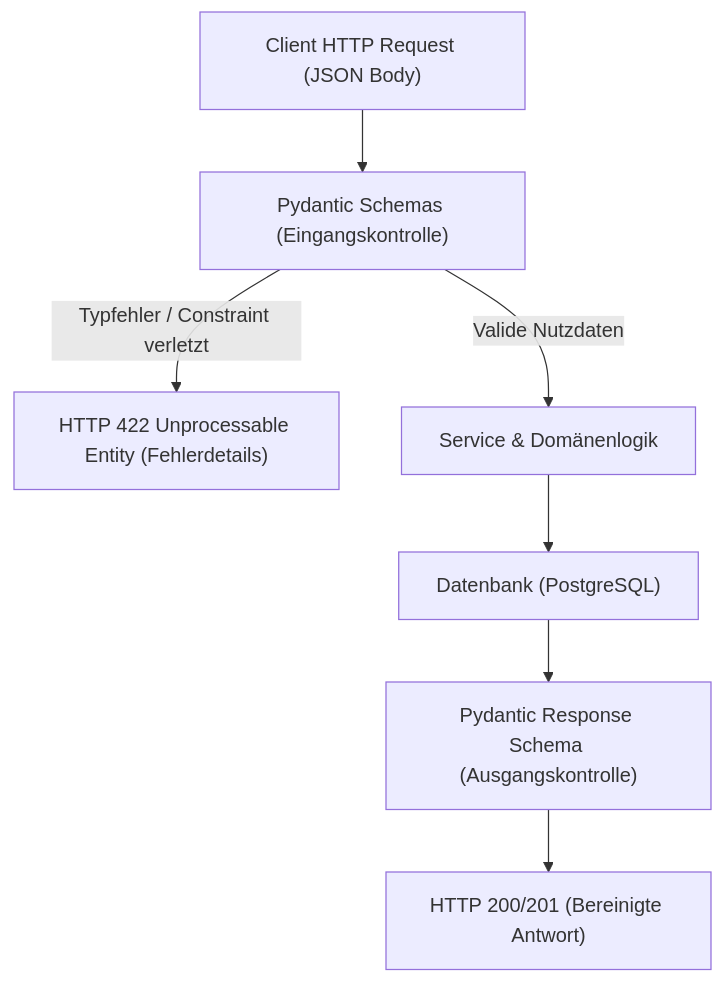
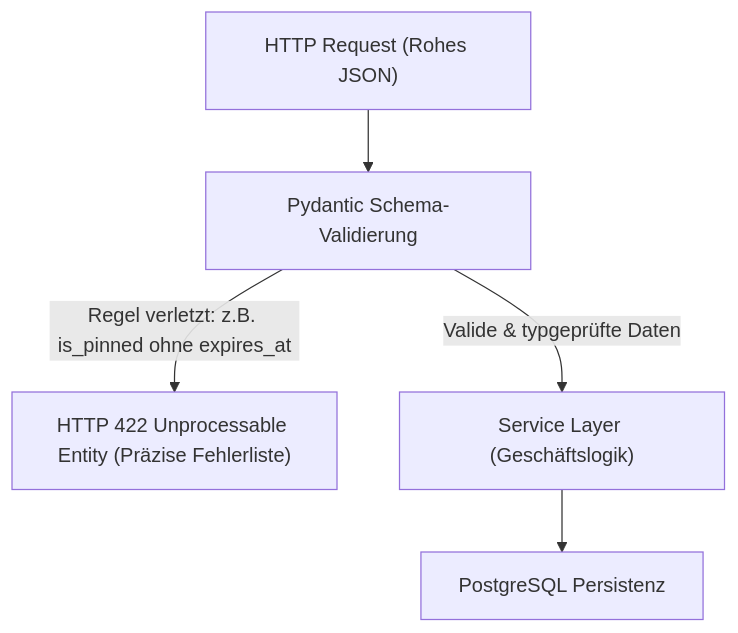
The second of 3 diagrams in content/posts/upa-campus-app-architecture-part-5/index.de.md (Pascal-Thommen/pascal-thommen.github.io), drawn with Mermaid before and after one commit. The commit also changed other lines of this file and 20 other files, not shown here.

Commit message:
feat(posts): refine UPA Campus App architecture series with holistic webapp mental model and specification depth

````diff
--- a/content/posts/upa-campus-app-architecture-part-5/index.de.md
+++ b/content/posts/upa-campus-app-architecture-part-5/index.de.md
@@ -94,9 +57,7 @@
 ```mermaid
 flowchart TD
-    ClientReq["Client HTTP Request (JSON Body)"] --> Parser["Pydantic Schemas (Eingangskontrolle)"]
-    Parser -->|Typfehler / Constraint verletzt| ErrResp["HTTP 422 Unprocessable Entity (Fehlerdetails)"]
-    Parser -->|Valide Nutzdaten| Domain["Service & Domänenlogik"]
-    Domain --> DB["Datenbank (PostgreSQL)"]
-    DB --> OutSchema["Pydantic Response Schema (Ausgangskontrolle)"]
-    OutSchema --> ClientResp["HTTP 200/201 (Bereinigte Antwort)"]
+    ClientReq["HTTP Request (Rohes JSON)"] --> Parser["Pydantic Schema-Validierung"]
+    Parser -->|Regel verletzt: z.B. is_pinned ohne expires_at| ErrResp["HTTP 422 Unprocessable Entity (Präzise Fehlerliste)"]
+    Parser -->|Valide & typgeprüfte Daten| Domain["Service Layer (Geschäftslogik)"]
+    Domain --> DB["PostgreSQL Persistenz"]
 ```
````
